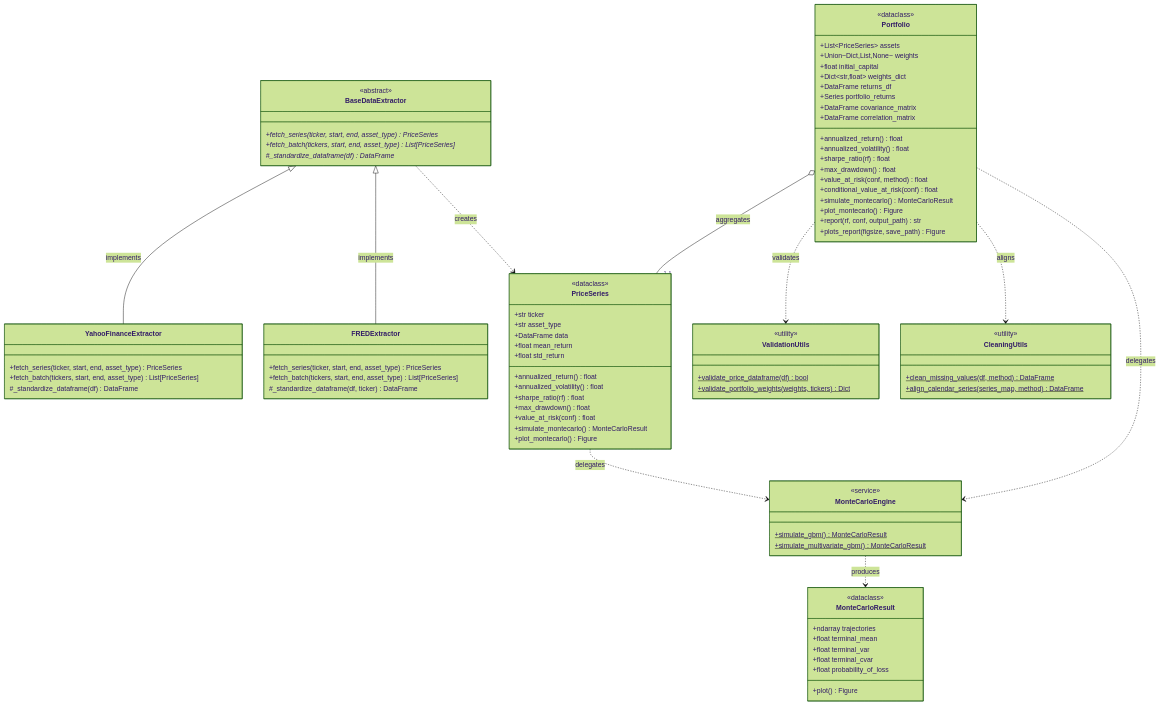
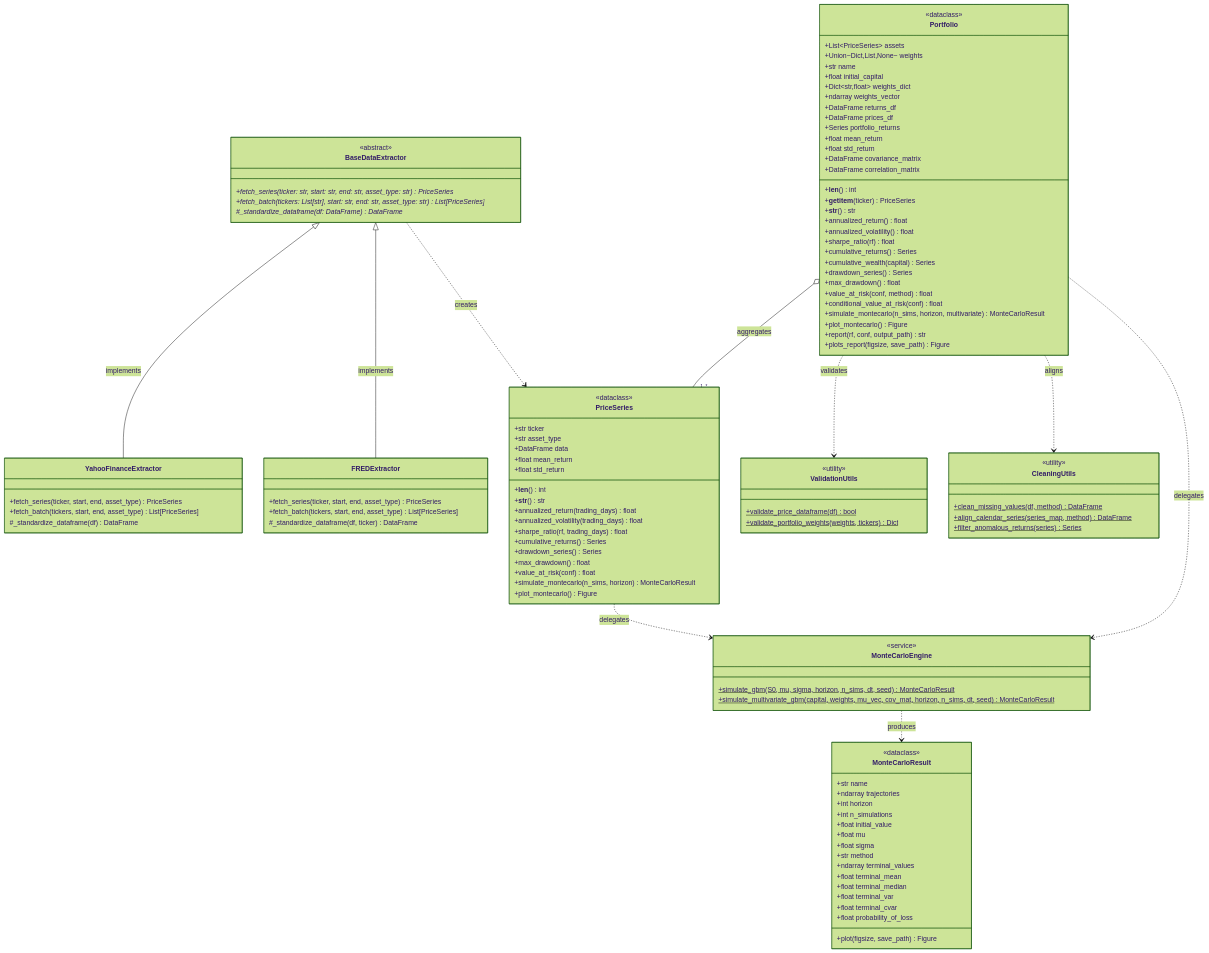
The first of 4 diagrams in T1/README.md (z4ntr0n1c/talleres_bme_miax_2026), drawn with Mermaid (forest theme) before and after one commit. The commit also changed other lines of this file, not shown here.

```diff
--- a/T1/README.md
+++ b/T1/README.md
@@ -64,9 +90,9 @@
 
     class BaseDataExtractor {
         <<abstract>>
-        +fetch_series(ticker, start, end, asset_type) PriceSeries*
-        +fetch_batch(tickers, start, end, asset_type) List[PriceSeries]*
-        #_standardize_dataframe(df) DataFrame*
+        +fetch_series(ticker: str, start: str, end: str, asset_type: str) PriceSeries*
+        +fetch_batch(tickers: List[str], start: str, end: str, asset_type: str) List[PriceSeries]*
+        #_standardize_dataframe(df: DataFrame) DataFrame*
     }
 
     class YahooFinanceExtractor {
@@ -88,12 +114,16 @@
         +DataFrame data
         +float mean_return
         +float std_return
-        +annualized_return() float
-        +annualized_volatility() float
-        +sharpe_ratio(rf) float
+        +__len__() int
+        +__str__() str
+        +annualized_return(trading_days) float
+        +annualized_volatility(trading_days) float
+        +sharpe_ratio(rf, trading_days) float
+        +cumulative_returns() Series
+        +drawdown_series() Series
         +max_drawdown() float
         +value_at_risk(conf) float
-        +simulate_montecarlo() MonteCarloResult
+        +simulate_montecarlo(n_sims, horizon) MonteCarloResult
         +plot_montecarlo() Figure
     }
 
@@ -101,19 +131,30 @@
         <<dataclass>>
         +List~PriceSeries~ assets
         +Union~Dict,List,None~ weights
+        +str name
         +float initial_capital
         +Dict~str,float~ weights_dict
+        +ndarray weights_vector
         +DataFrame returns_df
+        +DataFrame prices_df
         +Series portfolio_returns
+        +float mean_return
+        +float std_return
         +DataFrame covariance_matrix
         +DataFrame correlation_matrix
+        +__len__() int
+        +__getitem__(ticker) PriceSeries
+        +__str__() str
         +annualized_return() float
         +annualized_volatility() float
         +sharpe_ratio(rf) float
+        +cumulative_returns() Series
+        +cumulative_wealth(capital) Series
+        +drawdown_series() Series
         +max_drawdown() float
         +value_at_risk(conf, method) float
         +conditional_value_at_risk(conf) float
-        +simulate_montecarlo() MonteCarloResult
+        +simulate_montecarlo(n_sims, horizon, multivariate) MonteCarloResult
         +plot_montecarlo() Figure
         +report(rf, conf, output_path) str
         +plots_report(figsize, save_path) Figure
@@ -121,30 +162,40 @@
 
     class MonteCarloEngine {
         <<service>>
-        +simulate_gbm() MonteCarloResult$
-        +simulate_multivariate_gbm() MonteCarloResult$
+        +simulate_gbm(S0, mu, sigma, horizon, n_sims, dt, seed)$ MonteCarloResult
+        +simulate_multivariate_gbm(capital, weights, mu_vec, cov_mat, horizon, n_sims, dt, seed)$ MonteCarloResult
     }
 
     class MonteCarloResult {
         <<dataclass>>
+        +str name
         +ndarray trajectories
+        +int horizon
+        +int n_simulations
+        +float initial_value
+        +float mu
+        +float sigma
+        +str method
+        +ndarray terminal_values
         +float terminal_mean
+        +float terminal_median
         +float terminal_var
         +float terminal_cvar
         +float probability_of_loss
-        +plot() Figure
+        +plot(figsize, save_path) Figure
     }
 
     class ValidationUtils {
         <<utility>>
-        +validate_price_dataframe(df) bool$
-        +validate_portfolio_weights(weights, tickers) Dict$
+        +validate_price_dataframe(df)$ bool
+        +validate_portfolio_weights(weights, tickers)$ Dict
     }
 
     class CleaningUtils {
         <<utility>>
-        +clean_missing_values(df, method) DataFrame$
-        +align_calendar_series(series_map, method) DataFrame$
+        +clean_missing_values(df, method)$ DataFrame
+        +align_calendar_series(series_map, method)$ DataFrame
+        +filter_anomalous_returns(series)$ Series
     }
 
     BaseDataExtractor <|-- YahooFinanceExtractor : implements
```
